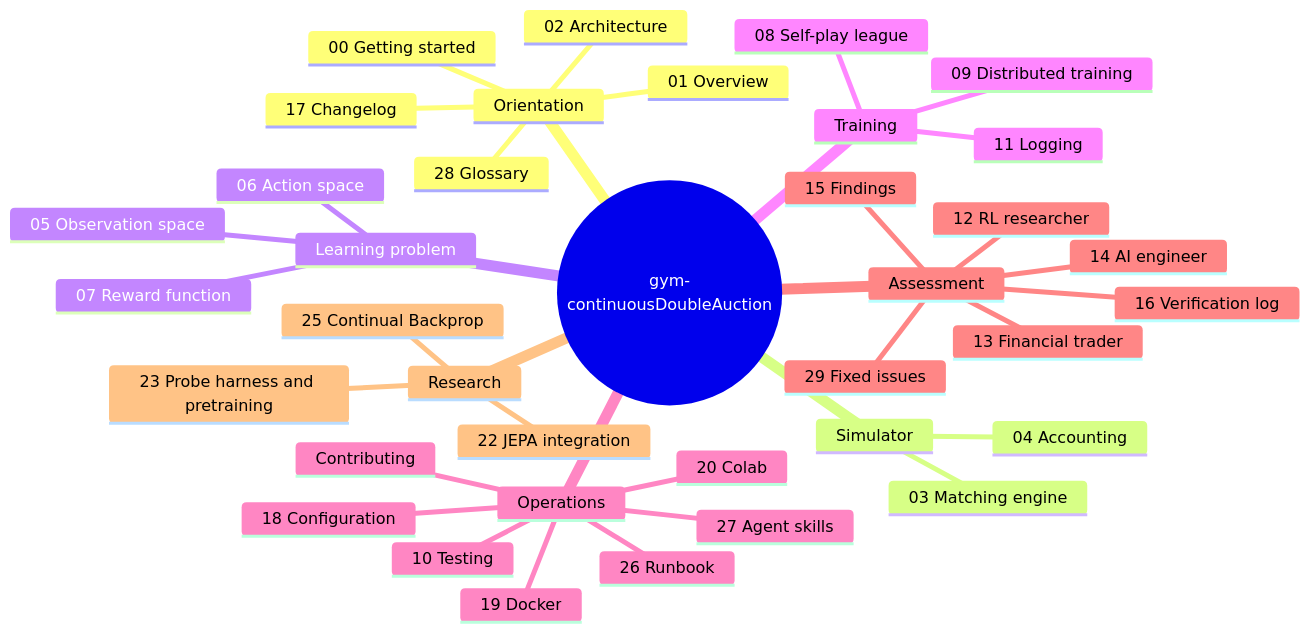
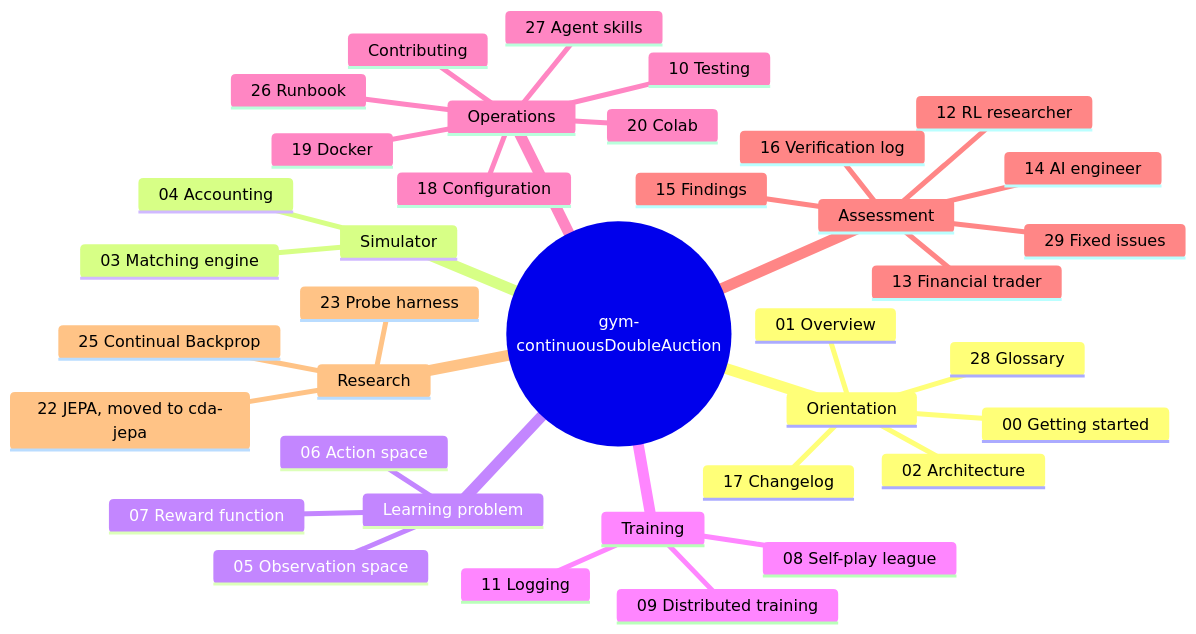
The diagram in docs/map.md (ChuaCheowHuan/gym-continuousDoubleAuction), drawn with Mermaid before and after one commit. The commit also changed other lines of this file and 16 other files, not shown here.

First line of the commit message:
Docs: JEPA is the cda-jepa package; counts for 2.3.0

````diff
--- a/docs/map.md
+++ b/docs/map.md
@@ -9,40 +9,40 @@
 ```mermaid
 mindmap
   root(("gym-continuousDoubleAuction"))
     Orientation
       00 Getting started
       01 Overview
       02 Architecture
       28 Glossary
       17 Changelog
     Simulator
       03 Matching engine
       04 Accounting
     Learning problem
       05 Observation space
       06 Action space
       07 Reward function
     Training
       08 Self-play league
       09 Distributed training
       11 Logging
     Operations
       26 Runbook
       27 Agent skills
       18 Configuration
       19 Docker
       20 Colab
       10 Testing
       Contributing
     Assessment
       12 RL researcher
       13 Financial trader
       14 AI engineer
       15 Findings
       29 Fixed issues
       16 Verification log
     Research
-      22 JEPA integration
-      23 Probe harness and pretraining
+      22 JEPA, moved to cda-jepa
+      23 Probe harness
       25 Continual Backprop
 ```
````
